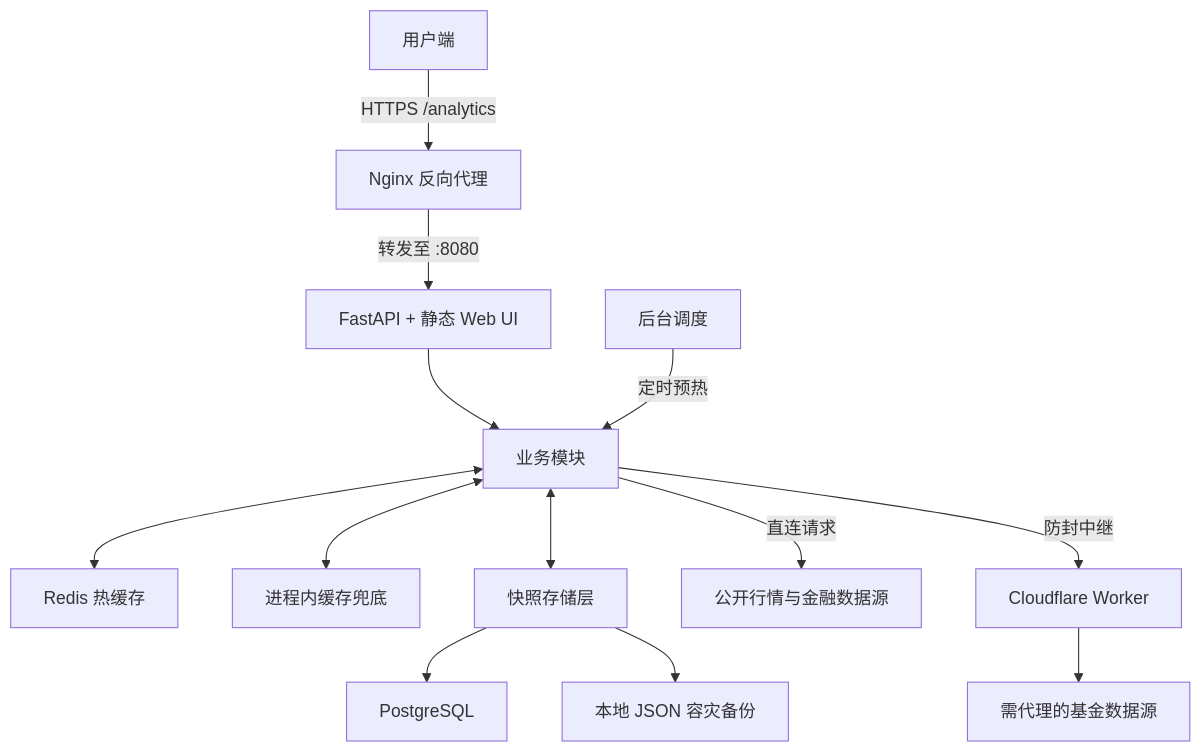
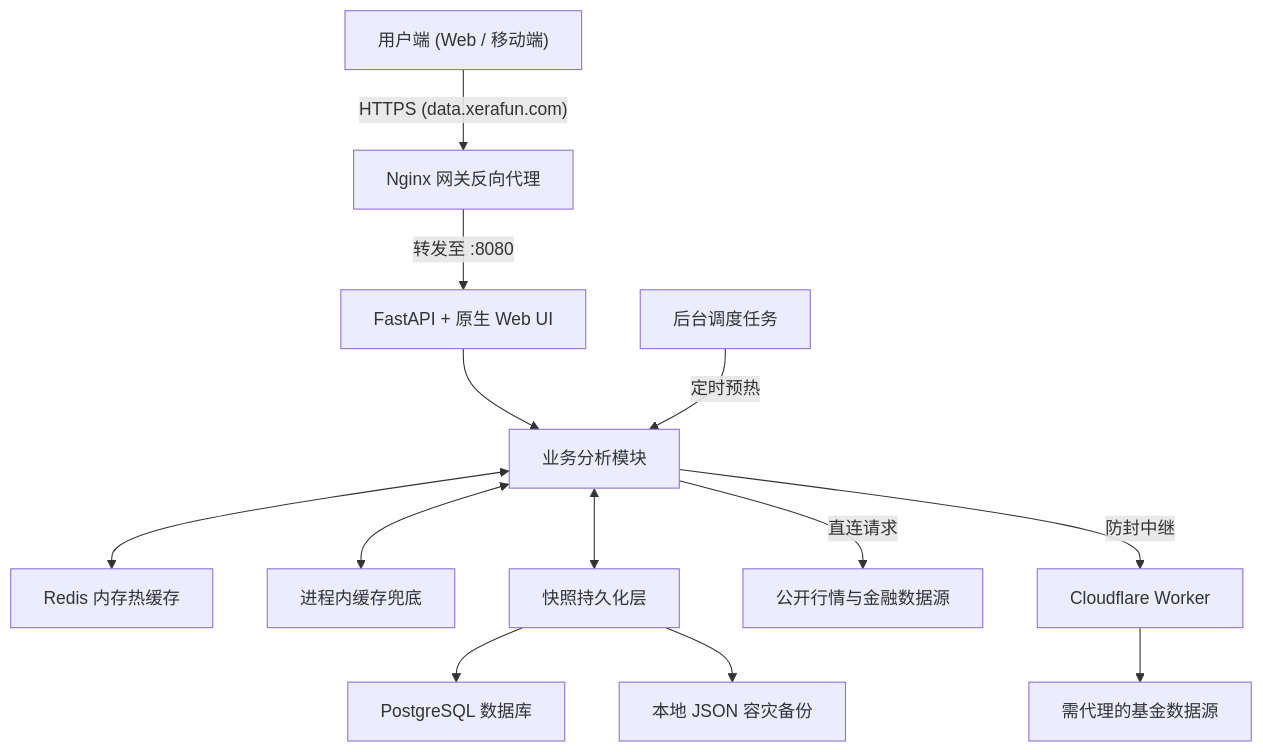
The diagram in README.md (XERA-2011/x-analytics), drawn with Mermaid before and after one commit. The commit also changed other lines of this file and 4 other files, not shown here.

````diff
--- a/README.md
+++ b/README.md
@@ -11,17 +24,17 @@
 ```mermaid
 graph TD
-    Client["用户端"] -->|"HTTPS /analytics"| Nginx["Nginx 反向代理"]
-    Nginx -->|"转发至 :8080"| App["FastAPI + 静态 Web UI"]
+    Client["用户端 (Web / 移动端)"] -->|"HTTPS (data.xerafun.com)"| Nginx["Nginx 网关反向代理"]
+    Nginx -->|"转发至 :8080"| App["FastAPI + 原生 Web UI"]
 
-    App --> Services["业务模块"]
-    Scheduler["后台调度"] -->|"定时预热"| Services
+    App --> Services["业务分析模块"]
+    Scheduler["后台调度任务"] -->|"定时预热"| Services
 
-    Services <--> Redis["Redis 热缓存"]
+    Services <--> Redis["Redis 内存热缓存"]
     Services <--> LocalCache["进程内缓存兜底"]
-    Services <--> Snapshot["快照存储层"]
-    Snapshot --> Postgres["PostgreSQL"]
+    Services <--> Snapshot["快照持久化层"]
+    Snapshot --> Postgres["PostgreSQL 数据库"]
     Snapshot --> LocalJSON["本地 JSON 容灾备份"]
 
     Services -->|"直连请求"| Sources["公开行情与金融数据源"]
     Services -->|"防封中继"| Worker["Cloudflare Worker"] --> FundSources["需代理的基金数据源"]
 ```
````
